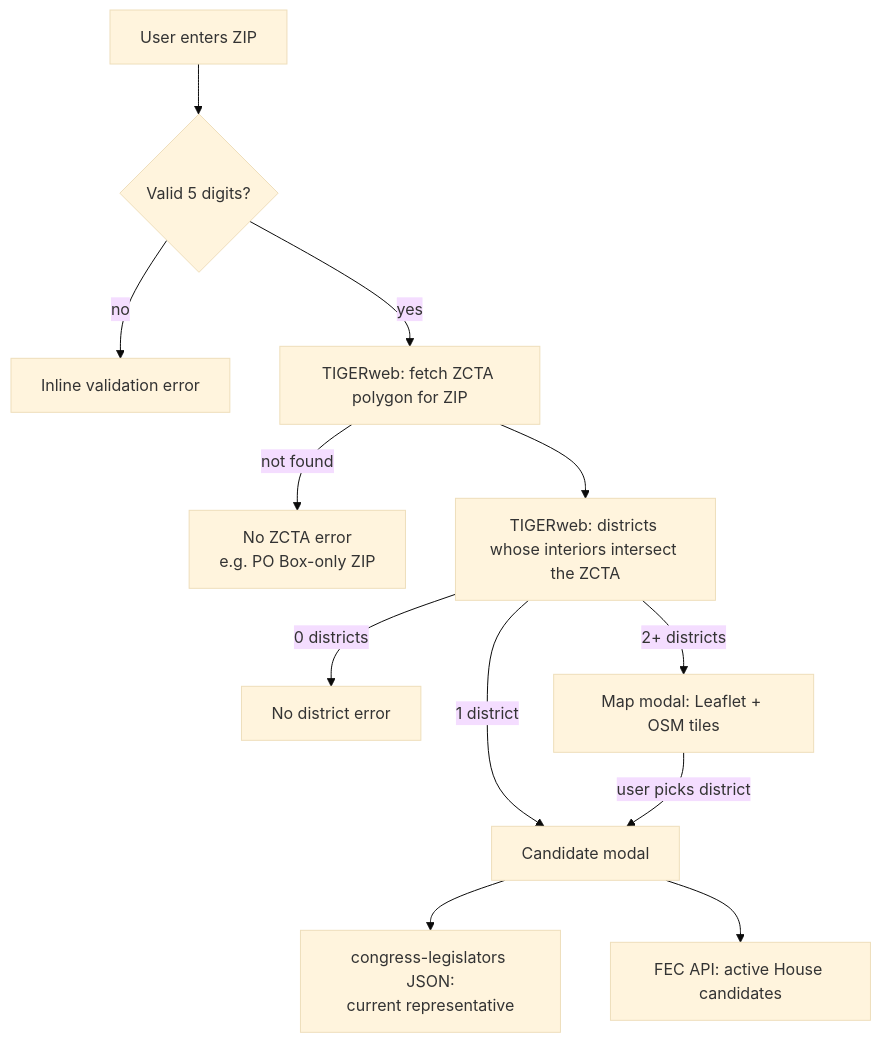
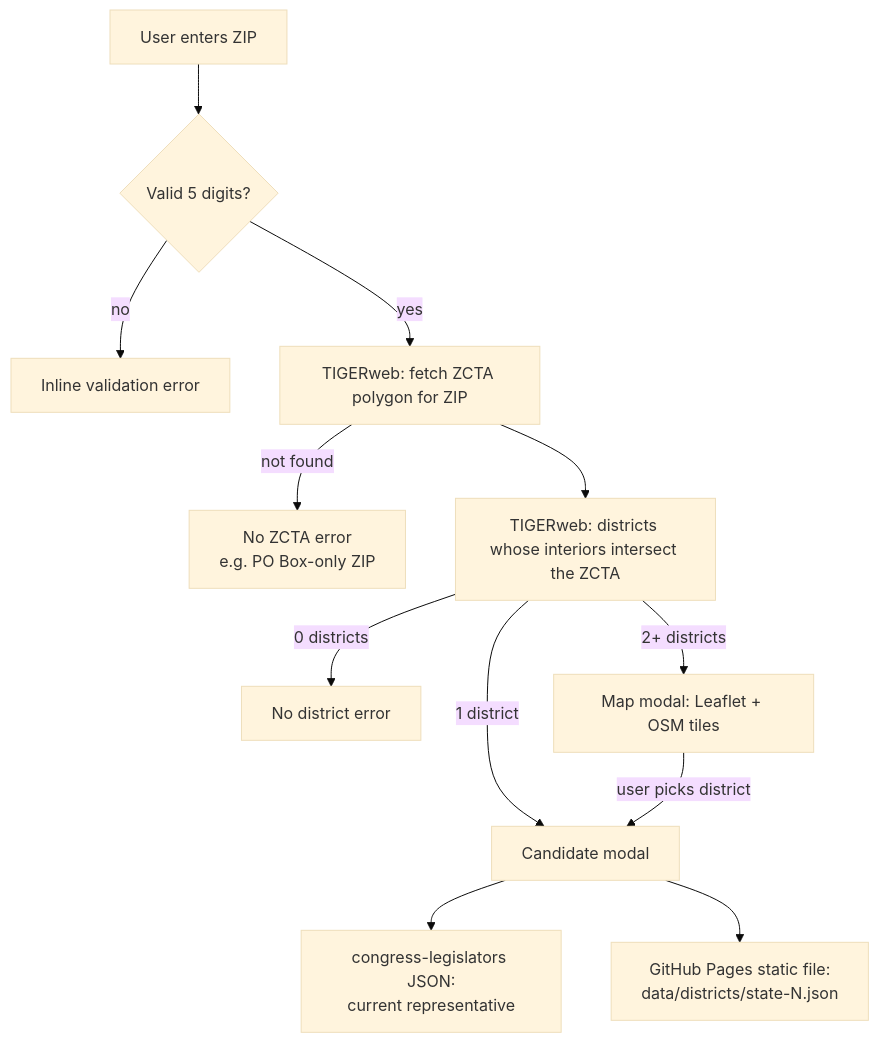
Before and after one commit to dmilstone/zip_cd: the diagram in README.md, drawn with Mermaid (base theme). The commit also changed other lines of this file and 342 other files, not shown here.

````diff
--- a/README.md
+++ b/README.md
@@ -38,14 +46,14 @@
 ```mermaid
 flowchart TD
     A[User enters ZIP] --> B{Valid 5 digits?}
     B -- no --> E1[Inline validation error]
     B -- yes --> C[TIGERweb: fetch ZCTA polygon for ZIP]
     C -- not found --> E2[No ZCTA error<br/>e.g. PO Box-only ZIP]
     C --> D[TIGERweb: districts whose interiors intersect the ZCTA]
     D -- 0 districts --> E3[No district error]
     D -- 1 district --> G[Candidate modal]
     D -- 2+ districts --> F[Map modal: Leaflet + OSM tiles]
     F -- user picks district --> G
     G --> H[congress-legislators JSON:<br/>current representative]
-    G --> I[FEC API: active House candidates]
+    G --> I[GitHub Pages static file:<br/>data/districts/state-N.json]
 ```
````
